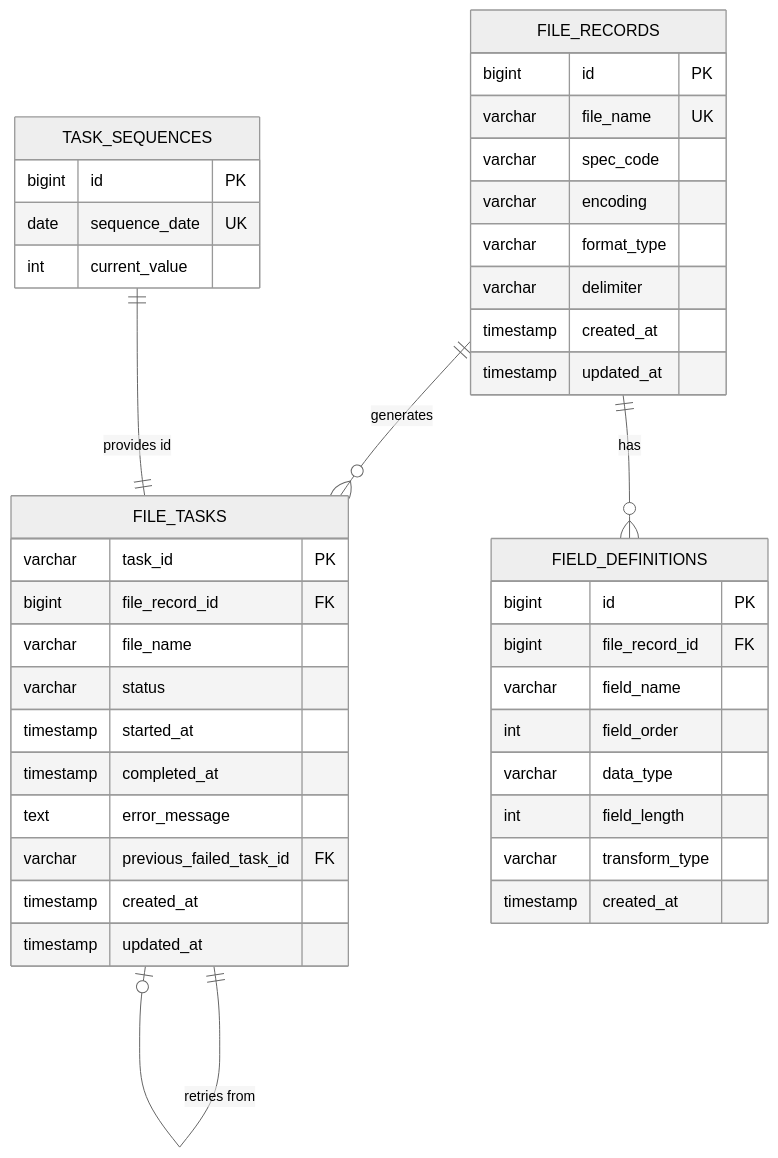
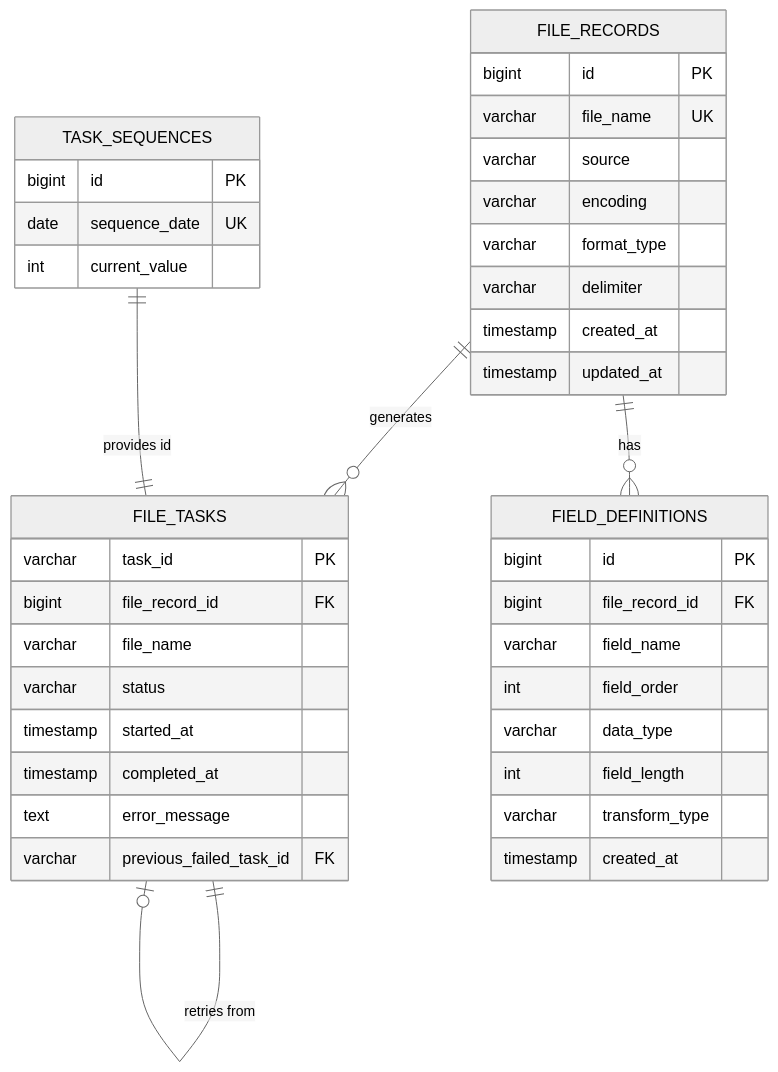
Before and after one commit to OccultusTW/spec-kit-template: the diagram in specs/001-boa-bch-transformat/data-model.md, drawn with Mermaid (neutral theme). The commit also changed other lines of this file and 1 other file, not shown here.

````diff
--- a/specs/001-boa-bch-transformat/data-model.md
+++ b/specs/001-boa-bch-transformat/data-model.md
@@ -32,48 +32,46 @@
 ```mermaid
 erDiagram
     FILE_RECORDS ||--o{ FILE_TASKS : "generates"
     FILE_RECORDS ||--o{ FIELD_DEFINITIONS : "has"
     FILE_TASKS ||--o| FILE_TASKS : "retries from"
     TASK_SEQUENCES ||--|| FILE_TASKS : "provides id"
     
     FILE_RECORDS {
         bigint id PK
         varchar file_name UK
-        varchar spec_code
+        varchar source
         varchar encoding
         varchar format_type
         varchar delimiter
         timestamp created_at
         timestamp updated_at
     }
     
     FIELD_DEFINITIONS {
         bigint id PK
         bigint file_record_id FK
         varchar field_name
         int field_order
         varchar data_type
         int field_length
         varchar transform_type
         timestamp created_at
     }
     
     FILE_TASKS {
         varchar task_id PK
         bigint file_record_id FK
         varchar file_name
         varchar status
         timestamp started_at
         timestamp completed_at
         text error_message
         varchar previous_failed_task_id FK
-        timestamp created_at
-        timestamp updated_at
     }
     
     TASK_SEQUENCES {
         bigint id PK
         date sequence_date UK
         int current_value
     }
 ```
````
